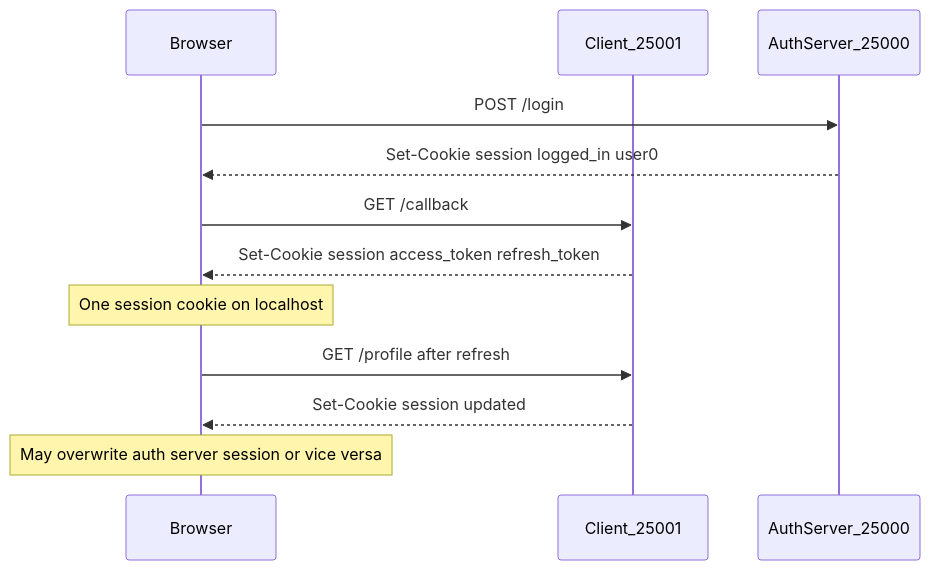
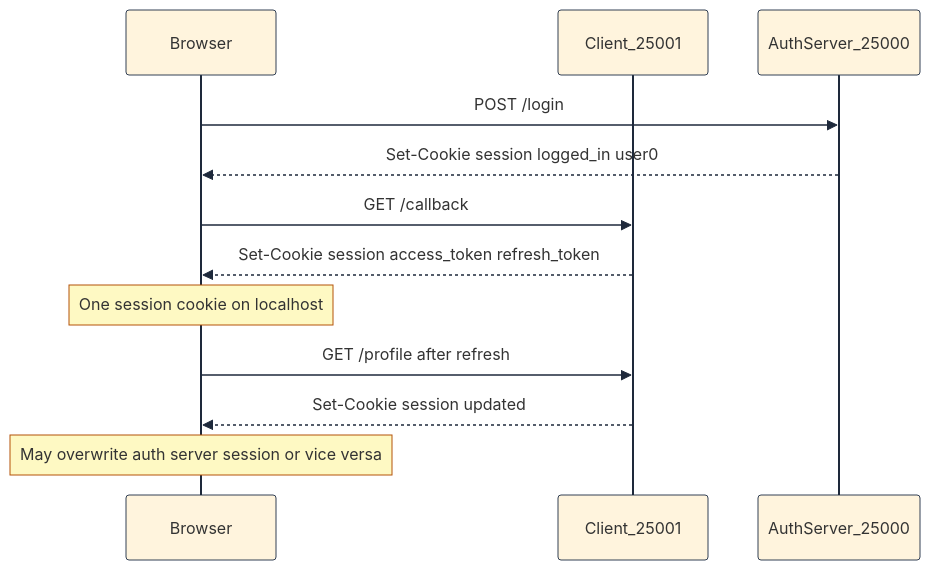
Before and after one commit to sauvikbiswas/sauvikbiswas.com: the second of 2 diagrams in content/posts/learning-oauth-2-05/index.md, drawn with Mermaid. The commit also changed other lines of this file and 6 other files, not shown here.

````diff
--- a/content/posts/learning-oauth-2-05/index.md
+++ b/content/posts/learning-oauth-2-05/index.md
@@ -209,18 +209,26 @@
 ```mermaid
+%%{init: {'theme': 'base', 'themeVariables': {
+  'actorLineColor': '#1e293b',
+  'actorBorder': '#334155',
+  'signalColor': '#1e293b',
+  'lineColor': '#1e293b',
+  'noteBorderColor': '#b45309',
+  'noteBkgColor': '#fef9c3'
+}}}%%
 sequenceDiagram
     participant Browser
     participant Client as Client_25001
     participant Server as AuthServer_25000
 
     Browser->>Server: POST /login
     Server-->>Browser: Set-Cookie session logged_in user0
 
     Browser->>Client: GET /callback
     Client-->>Browser: Set-Cookie session access_token refresh_token
 
     Note over Browser: One session cookie on localhost
 
     Browser->>Client: GET /profile after refresh
     Client-->>Browser: Set-Cookie session updated
     Note over Browser: May overwrite auth server session or vice versa
 ```
````
